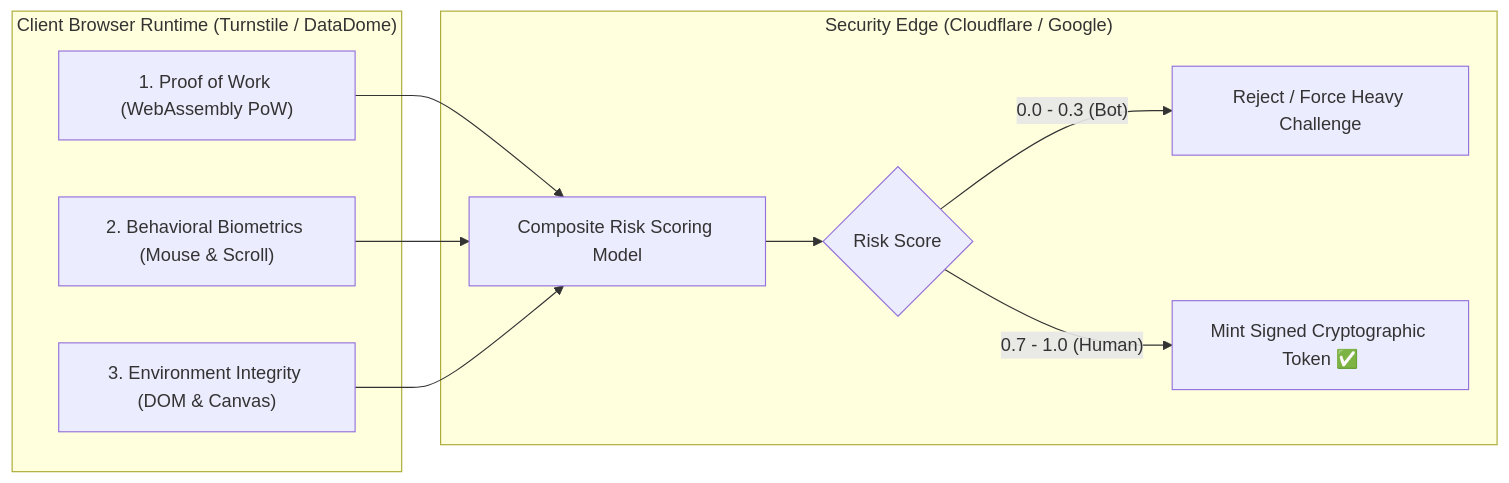
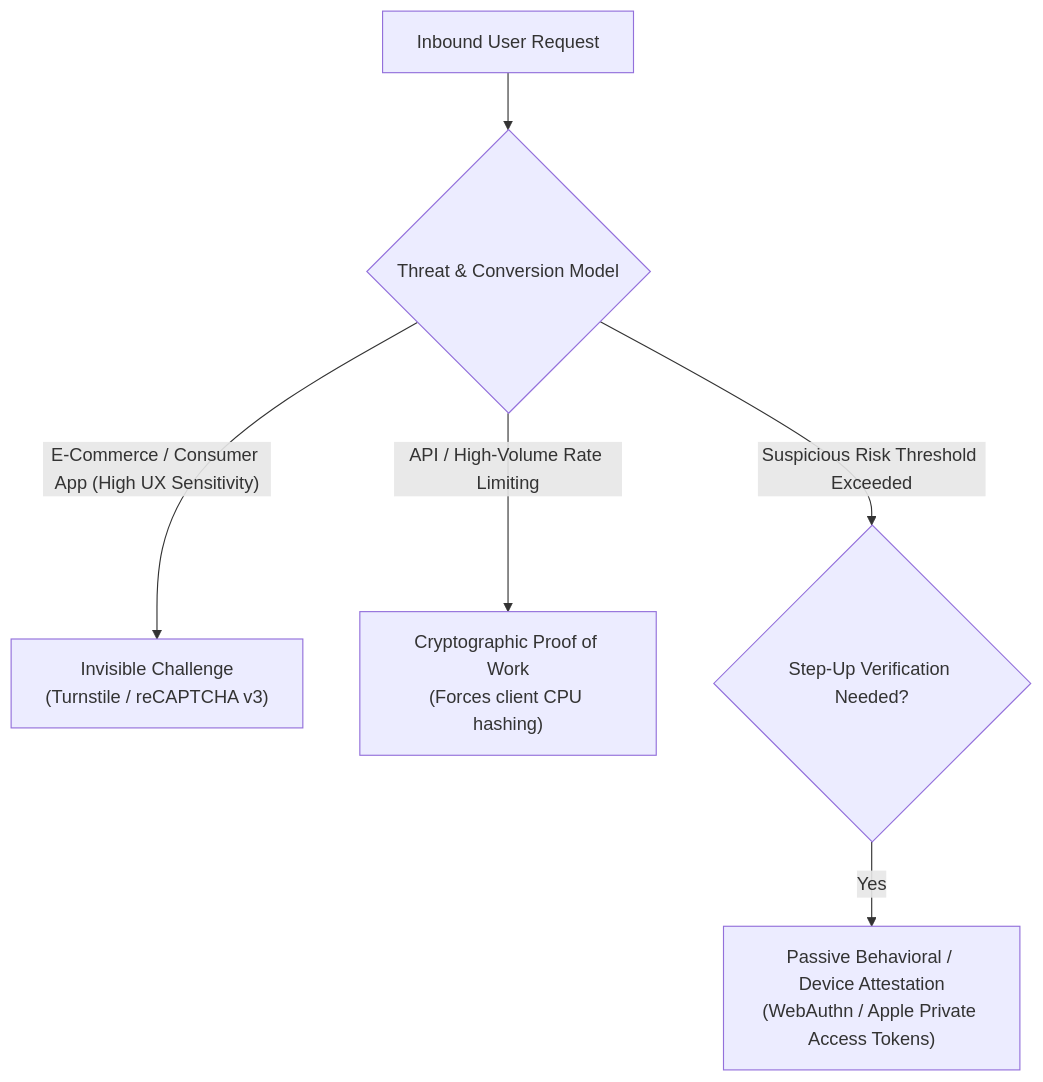
One commit to naimurhasan/naimurhasan.github.io changed the first of 3 diagrams in _posts/2026-10-22-traditional-captcha-vs-invisible-challenges.md. Above: the diagram before and after it, drawn with Mermaid. The commit also changed other lines of this file and 23 other files, not shown here.

````diff
--- a/_posts/2026-10-22-traditional-captcha-vs-invisible-challenges.md
+++ b/_posts/2026-10-22-traditional-captcha-vs-invisible-challenges.md
@@ -156,15 +28,8 @@
 ```mermaid
-flowchart LR
-  subgraph Client ["Client Browser Runtime (Turnstile / DataDome)"]
-    P["1. Proof of Work (WebAssembly PoW)"]
-    B["2. Behavioral Biometrics (Mouse & Scroll)"]
-    E["3. Environment Integrity (DOM & Canvas)"]
-  end
-
-  subgraph Cloud ["Security Edge (Cloudflare / Google)"]
-    P & B & E --> ML["Composite Risk Scoring Model"]
-    ML --> Score{"Risk Score"}
-    Score -- "0.0 - 0.3 (Bot)" --> Block["Reject / Force Heavy Challenge"]
-    Score -- "0.7 - 1.0 (Human)" --> Token["Mint Signed Cryptographic Token ✅"]
-  end
+graph TD
+  Start["Inbound User Request"] --> ThreatModel{"Threat & Conversion Model"}
+  ThreatModel -- "E-Commerce / Consumer App (High UX Sensitivity)" --> Invisible["Invisible Challenge<br/>(Turnstile / reCAPTCHA v3)"]
+  ThreatModel -- "API / High-Volume Rate Limiting" --> PoW["Cryptographic Proof of Work<br/>(Forces client CPU hashing)"]
+  ThreatModel -- "Suspicious Risk Threshold Exceeded" --> StepUp{"Step-Up Verification Needed?"}
+  StepUp -- "Yes" --> Biometric["Passive Behavioral / Device Attestation<br/>(WebAuthn / Apple Private Access Tokens)"]
 ```
````
